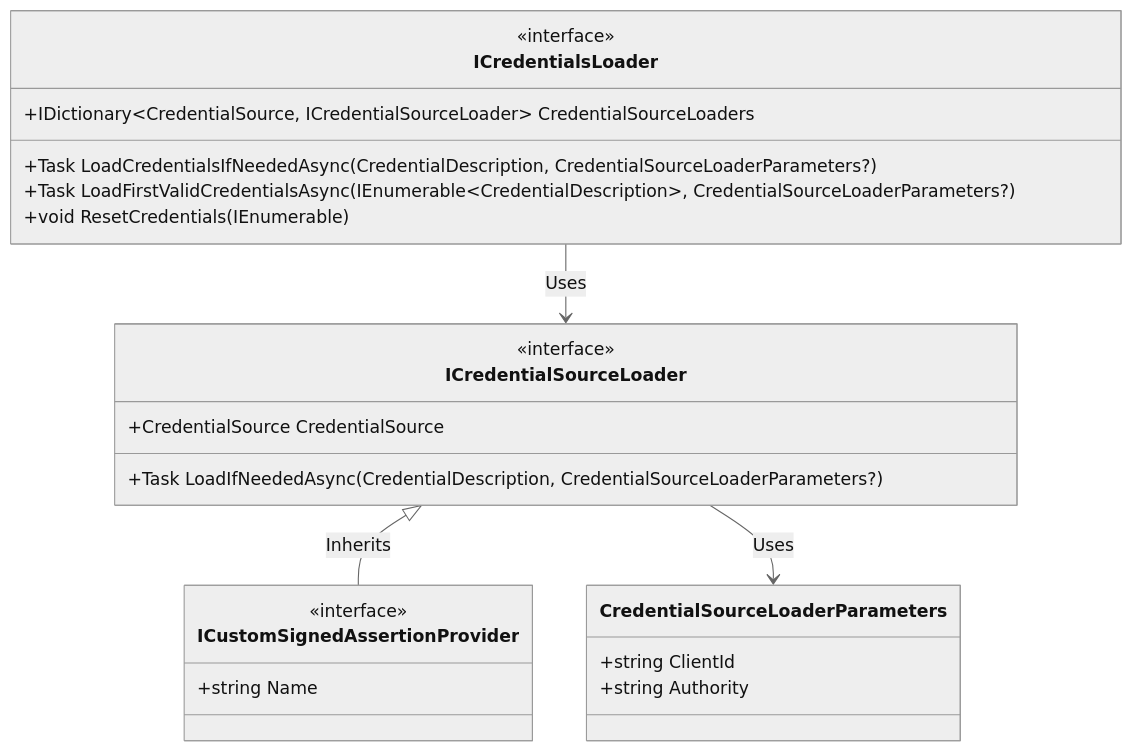
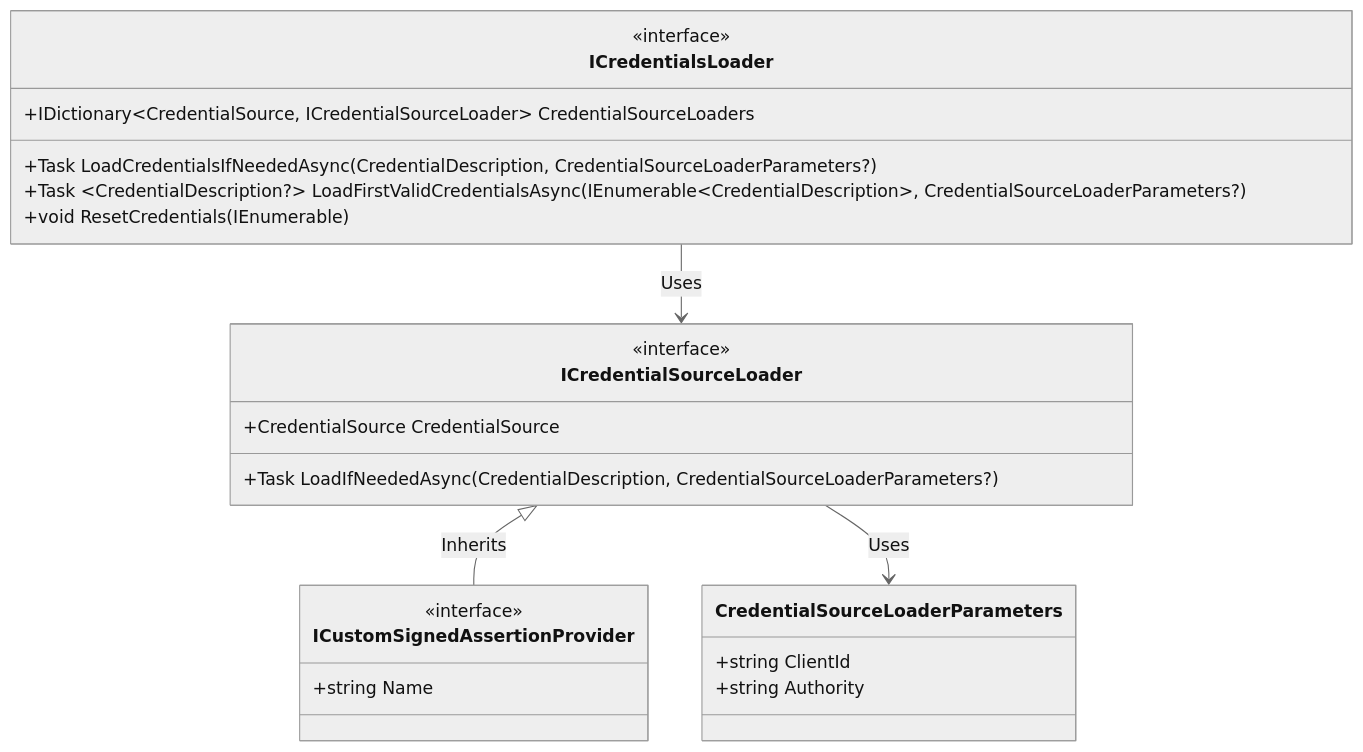
One commit to AzureAD/microsoft-identity-abstractions-for-dotnet changed the sixth of 6 diagrams in README.md. Above: the diagram before and after it, drawn with Mermaid (neutral theme). The commit also changed other lines of this file, not shown here.

````diff
--- a/README.md
+++ b/README.md
@@ -530,23 +530,23 @@
 ```mermaid
 classDiagram
     class CredentialSourceLoaderParameters {
         +string ClientId
         +string Authority
     }
     class ICredentialSourceLoader { <<interface>>
         +Task LoadIfNeededAsync(CredentialDescription, CredentialSourceLoaderParameters?)
         +CredentialSource CredentialSource
     }
     class ICustomSignedAssertionProvider { <<interface>>
         +string Name
     }
     class ICredentialsLoader { <<interface>>
         +IDictionary&lt;CredentialSource, ICredentialSourceLoader&gt; CredentialSourceLoaders
         +Task LoadCredentialsIfNeededAsync(CredentialDescription, CredentialSourceLoaderParameters?)
-        +Task<CredentialDescription?> LoadFirstValidCredentialsAsync(IEnumerable&lt;CredentialDescription&gt;, CredentialSourceLoaderParameters?)
+        +Task &lt;CredentialDescription?&gt; LoadFirstValidCredentialsAsync(IEnumerable&lt;CredentialDescription&gt;, CredentialSourceLoaderParameters?)
         +void ResetCredentials(IEnumerable<CredentialDescription>)
     }
     ICredentialSourceLoader <|-- ICustomSignedAssertionProvider : Inherits
     ICredentialsLoader --> ICredentialSourceLoader : Uses
     ICredentialSourceLoader --> CredentialSourceLoaderParameters : Uses
 ```
````
